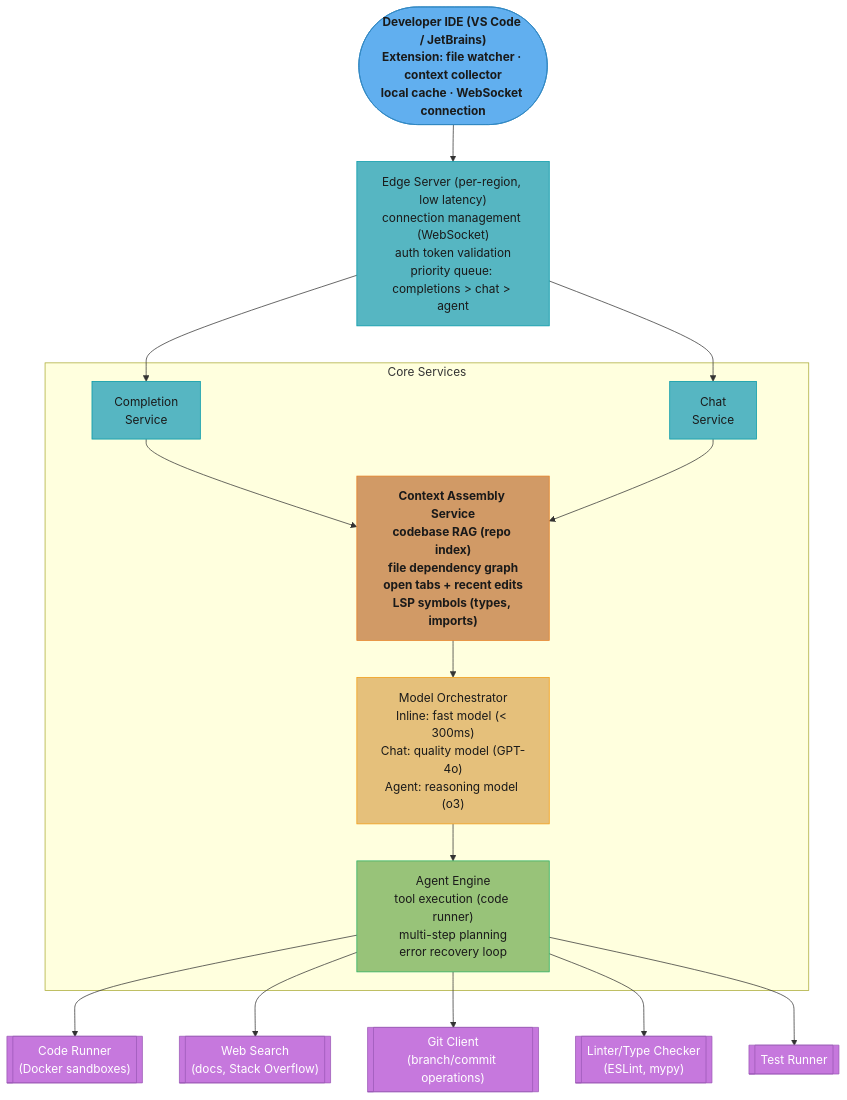
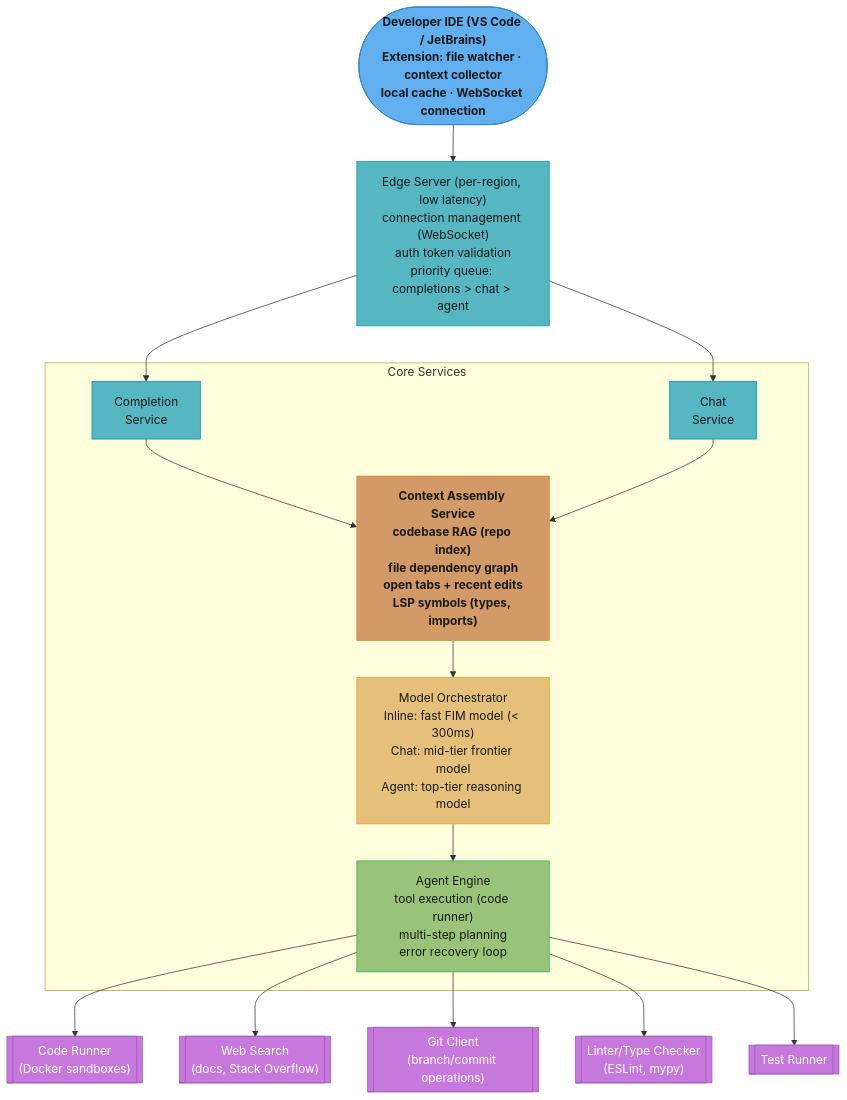
One commit to rppol/system-design changed the first of 2 diagrams in src/main/java/com/rutik/systemdesign/llm/case_studies/design_ai_coding_assistant.md. Above: the diagram before and after it, drawn with Mermaid. The commit also changed other lines of this file and 113 other files, not shown here.

````diff
--- a/src/main/java/com/rutik/systemdesign/llm/case_studies/design_ai_coding_assistant.md
+++ b/src/main/java/com/rutik/systemdesign/llm/case_studies/design_ai_coding_assistant.md
@@ -75,47 +78,47 @@
 ```mermaid
 flowchart TD
     classDef io      fill:#61afef,stroke:#2e86c1,color:#1a1a1a,font-weight:bold
     classDef frozen  fill:#c678dd,stroke:#9b59b6,color:#fff
     classDef train   fill:#98c379,stroke:#27ae60,color:#1a1a1a
     classDef mathOp  fill:#d19a66,stroke:#e67e22,color:#1a1a1a,font-weight:bold
     classDef lossN   fill:#e06c75,stroke:#c0392b,color:#fff,font-weight:bold
     classDef req     fill:#56b6c2,stroke:#0097a7,color:#1a1a1a
     classDef base    fill:#e5c07b,stroke:#f39c12,color:#1a1a1a
 
     IDE(["Developer IDE (VS Code / JetBrains)\nExtension: file watcher · context collector\nlocal cache · WebSocket connection"])
     EDGE["Edge Server (per-region, low latency)\nconnection management (WebSocket)\nauth token validation\npriority queue: completions > chat > agent"]
 
     subgraph CORE["Core Services"]
         COMP["Completion\nService"]
         CHAT["Chat\nService"]
         CTX["Context Assembly Service\ncodebase RAG (repo index)\nfile dependency graph\nopen tabs + recent edits\nLSP symbols (types, imports)"]
-        ORCH["Model Orchestrator\nInline: fast model (< 300ms)\nChat: quality model (GPT-4o)\nAgent: reasoning model (o3)"]
+        ORCH["Model Orchestrator\nInline: fast FIM model (< 300ms)\nChat: mid-tier frontier model\nAgent: top-tier reasoning model"]
         AGENT["Agent Engine\ntool execution (code runner)\nmulti-step planning\nerror recovery loop"]
     end
 
     RUNNER[["Code Runner\n(Docker sandboxes)"]]
     WEB[["Web Search\n(docs, Stack Overflow)"]]
     GIT[["Git Client\n(branch/commit operations)"]]
     LINT[["Linter/Type Checker\n(ESLint, mypy)"]]
     TEST[["Test Runner"]]
 
     IDE --> EDGE
     EDGE --> COMP
     EDGE --> CHAT
     COMP --> CTX
     CHAT --> CTX
     CTX --> ORCH
     ORCH --> AGENT
     AGENT --> RUNNER
     AGENT --> WEB
     AGENT --> GIT
     AGENT --> LINT
     AGENT --> TEST
 
     class IDE io
     class EDGE,COMP,CHAT req
     class CTX mathOp
     class ORCH base
     class AGENT train
     class RUNNER,WEB,GIT,LINT,TEST frozen
 ```
````
